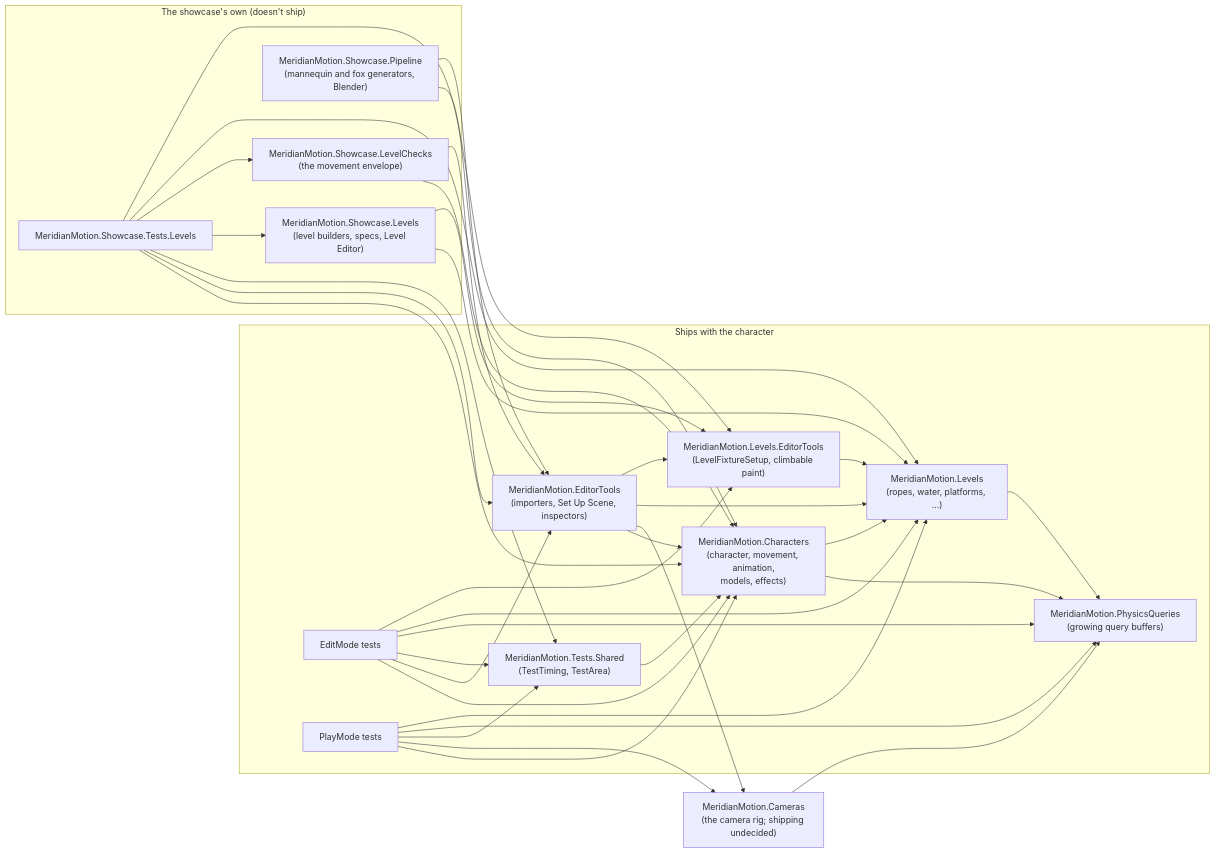
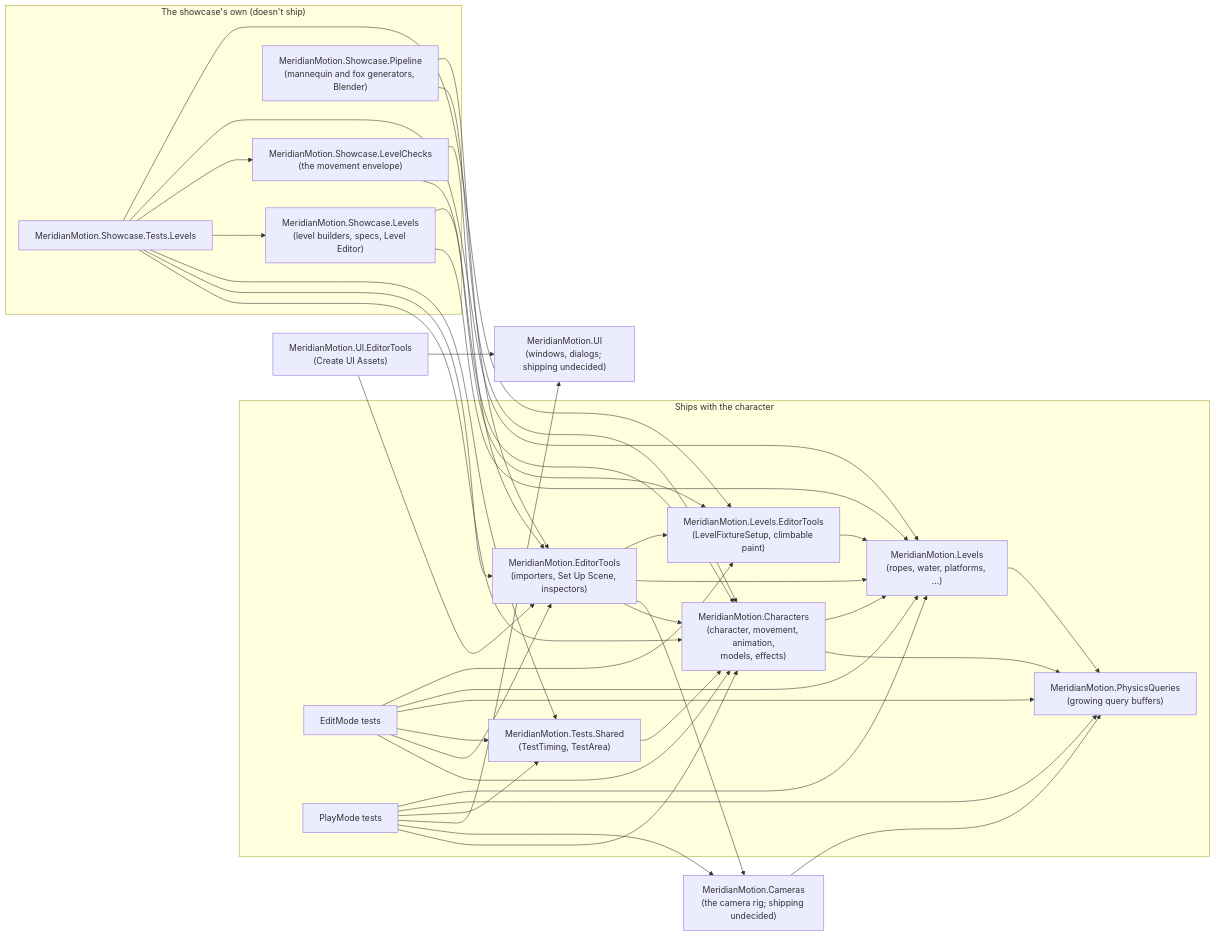
The second of 2 diagrams in docs/architecture.md (HOMMUSVAMPIRE/Character-Showcase), drawn with Mermaid before and after one commit. The commit also changed other lines of this file and 83 other files, not shown here.

````diff
--- a/docs/architecture.md
+++ b/docs/architecture.md
@@ -59,54 +59,59 @@
 ```mermaid
 flowchart LR
     subgraph Ships["Ships with the character"]
         Showcase["MeridianMotion.Characters<br/>(character, movement, animation,<br/>models, effects)"]
         Elements["MeridianMotion.Levels<br/>(ropes, water, platforms, ...)"]
         ElementsEditor["MeridianMotion.Levels.EditorTools<br/>(LevelFixtureSetup, climbable paint)"]
         Editor["MeridianMotion.EditorTools<br/>(importers, Set Up Scene, inspectors)"]
         Queries["MeridianMotion.PhysicsQueries<br/>(growing query buffers)"]
         Shared["MeridianMotion.Tests.Shared<br/>(TestTiming, TestArea)"]
         EditTests["EditMode tests"]
         PlayTests["PlayMode tests"]
     end
     Camera["MeridianMotion.Cameras<br/>(the camera rig; shipping undecided)"]
+    UI["MeridianMotion.UI<br/>(windows, dialogs; shipping undecided)"]
+    UIEditor["MeridianMotion.UI.EditorTools<br/>(Create UI Assets)"]
     subgraph Showcase_only["The showcase's own (doesn't ship)"]
         LevelEditor["MeridianMotion.Showcase.Levels<br/>(level builders, specs, Level Editor)"]
         Pipeline["MeridianMotion.Showcase.Pipeline<br/>(mannequin and fox generators, Blender)"]
         LevelChecks["MeridianMotion.Showcase.LevelChecks<br/>(the movement envelope)"]
         LevelTests["MeridianMotion.Showcase.Tests.Levels"]
     end
     Showcase --> Queries
     Showcase --> Elements
     Elements --> Queries
     ElementsEditor --> Elements
     Camera --> Queries
     Editor --> Showcase
     Editor --> Camera
     Editor --> Elements
     Editor --> ElementsEditor
     Shared --> Showcase
     EditTests --> Showcase
     EditTests --> Editor
     EditTests --> Shared
     EditTests --> Queries
     EditTests --> Elements
     EditTests --> ElementsEditor
     PlayTests --> Showcase
     PlayTests --> Camera
+    PlayTests --> UI
+    UIEditor --> UI
+    UIEditor --> Editor
     PlayTests --> Shared
     PlayTests --> Queries
     PlayTests --> Elements
     LevelEditor --> Elements
     LevelEditor --> ElementsEditor
     Pipeline --> Showcase
     Pipeline --> Editor
     LevelChecks --> Showcase
     LevelChecks --> Editor
     LevelTests --> Showcase
     LevelTests --> Editor
     LevelTests --> Shared
     LevelTests --> LevelEditor
     LevelTests --> LevelChecks
     LevelTests --> Elements
     LevelTests --> ElementsEditor
 ```
````
